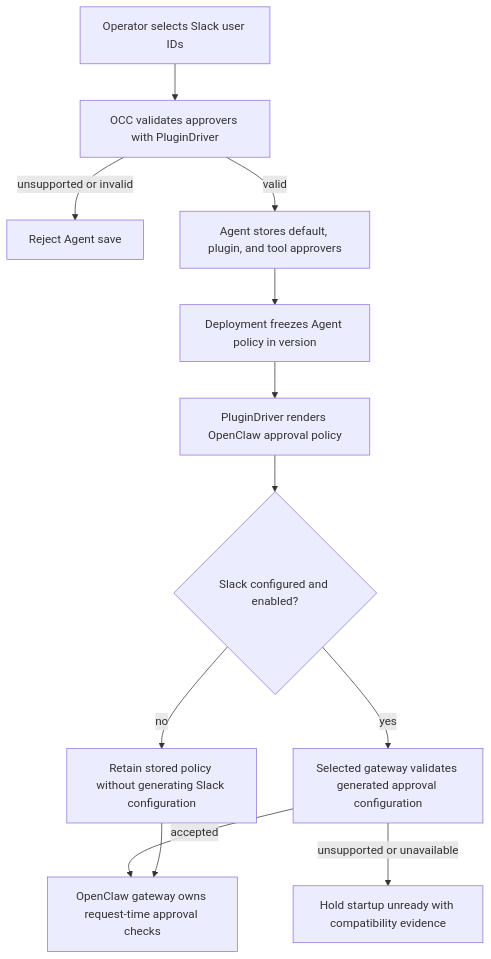
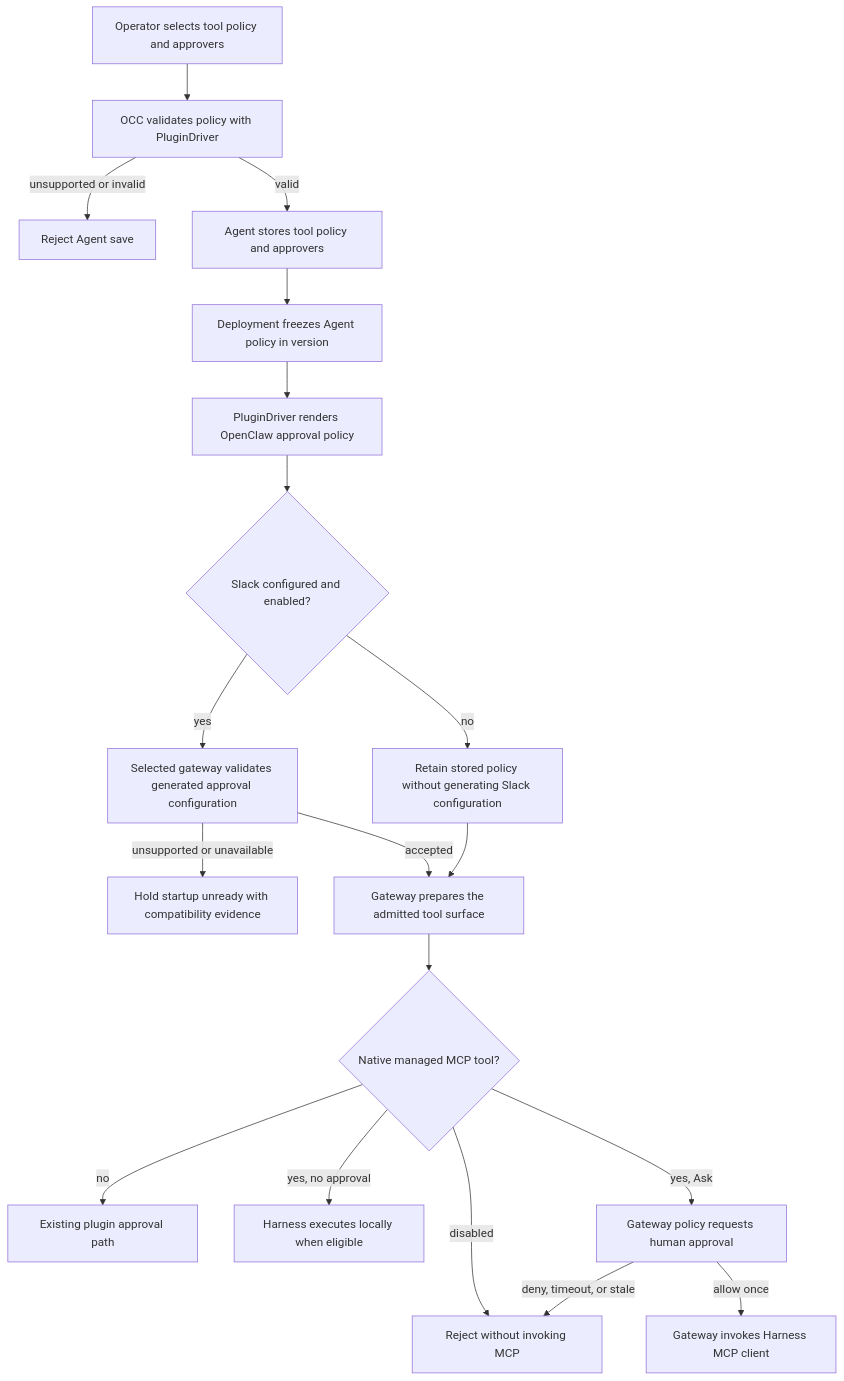
The diagram in docs/flows/agent-plugin-approvals.md (openclaw/openclaw-enterprise), drawn with Mermaid before and after one commit. The commit also changed other lines of this file and 29 other files, not shown here.

First line of the commit message:
feat: ask for approval before selected OpenClaw MCP tool calls (#6461)

````diff
--- a/docs/flows/agent-plugin-approvals.md
+++ b/docs/flows/agent-plugin-approvals.md
@@ -29,14 +29,21 @@
 ```mermaid
 graph TD
-  A["Operator selects Slack user IDs"] --> B["OCC validates approvers with PluginDriver"]
+  A["Operator selects tool policy and approvers"] --> B["OCC validates policy with PluginDriver"]
   B -->|unsupported or invalid| X["Reject Agent save"]
-  B -->|valid| C["Agent stores default, plugin, and tool approvers"]
+  B -->|valid| C["Agent stores tool policy and approvers"]
   C --> D["Deployment freezes Agent policy in version"]
   D --> E["PluginDriver renders OpenClaw approval policy"]
   E --> S{"Slack configured and enabled?"}
   S -->|no| N["Retain stored policy without generating Slack configuration"]
   S -->|yes| V["Selected gateway validates generated approval configuration"]
   V -->|unsupported or unavailable| H["Hold startup unready with compatibility evidence"]
-  V -->|accepted| F["OpenClaw gateway owns request-time approval checks"]
+  V -->|accepted| F["Gateway prepares the admitted tool surface"]
   N --> F
+  F --> P{"Native managed MCP tool?"}
+  P -->|no| O["Existing plugin approval path"]
+  P -->|yes, no approval| L["Harness executes locally when eligible"]
+  P -->|disabled| X2["Reject without invoking MCP"]
+  P -->|yes, Ask| Q["Gateway policy requests human approval"]
+  Q -->|deny, timeout, or stale| X2
+  Q -->|allow once| W["Gateway invokes Harness MCP client"]
 ```
````
